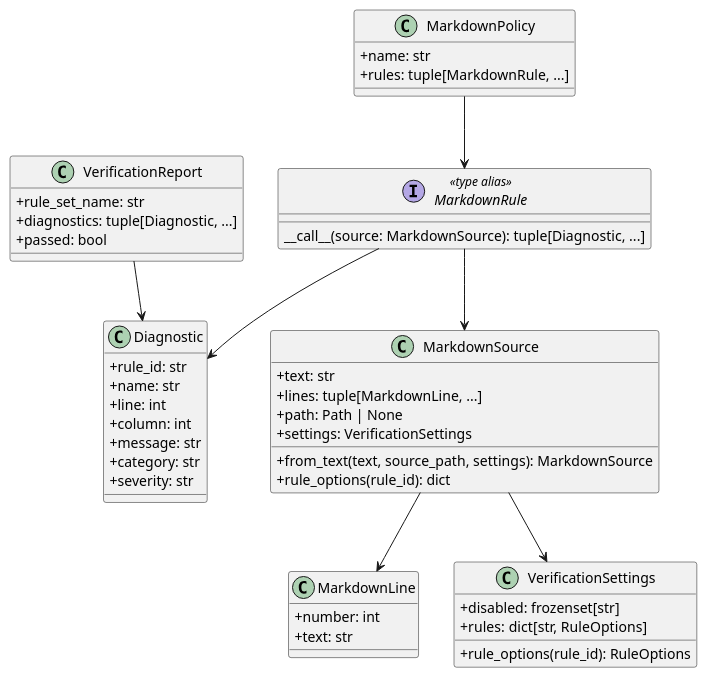
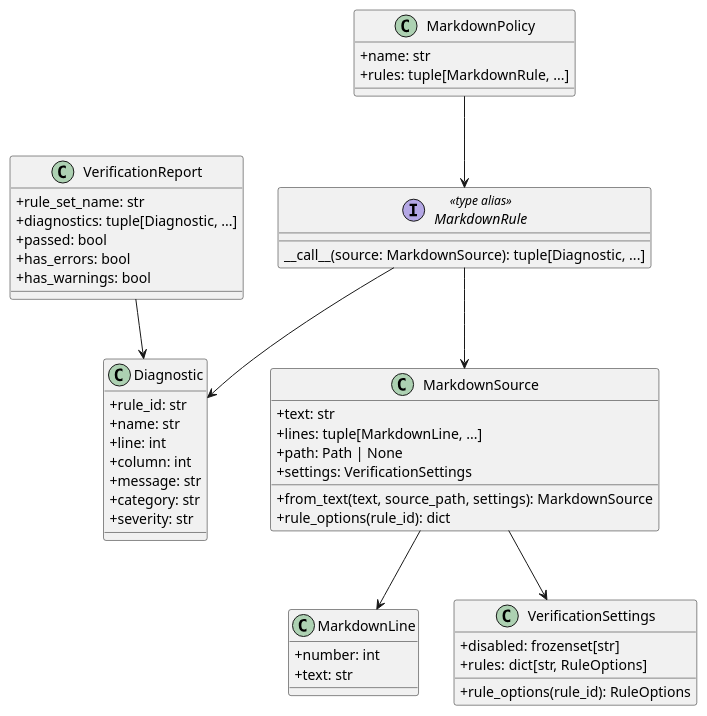
The third of 11 diagrams in docs/SDD.md (antoinebarre/mkforge), drawn with PlantUML before and after one commit. The commit also changed other lines of this file and 13 other files, not shown here.

````diff
--- a/docs/SDD.md
+++ b/docs/SDD.md
@@ -217,57 +217,59 @@
 ```plantuml
 @startuml verification-class-diagram
 skinparam classAttributeIconSize 0
 
 class Diagnostic {
   +rule_id: str
   +name: str
   +line: int
   +column: int
   +message: str
   +category: str
   +severity: str
 }
 
 class MarkdownLine {
   +number: int
   +text: str
 }
 
 class MarkdownSource {
   +text: str
   +lines: tuple[MarkdownLine, ...]
   +path: Path | None
   +settings: VerificationSettings
   +from_text(text, source_path, settings): MarkdownSource
   +rule_options(rule_id): dict
 }
 
 class VerificationSettings {
   +disabled: frozenset[str]
   +rules: dict[str, RuleOptions]
   +rule_options(rule_id): RuleOptions
 }
 
 class MarkdownPolicy {
   +name: str
   +rules: tuple[MarkdownRule, ...]
 }
 
 class VerificationReport {
   +rule_set_name: str
   +diagnostics: tuple[Diagnostic, ...]
   +passed: bool
+  +has_errors: bool
+  +has_warnings: bool
 }
 
 interface MarkdownRule <<type alias>> {
   __call__(source: MarkdownSource): tuple[Diagnostic, ...]
 }
 
 MarkdownSource --> MarkdownLine
 MarkdownSource --> VerificationSettings
 MarkdownPolicy --> MarkdownRule
 VerificationReport --> Diagnostic
 MarkdownRule --> MarkdownSource
 MarkdownRule --> Diagnostic
 @enduml
 ```
````
